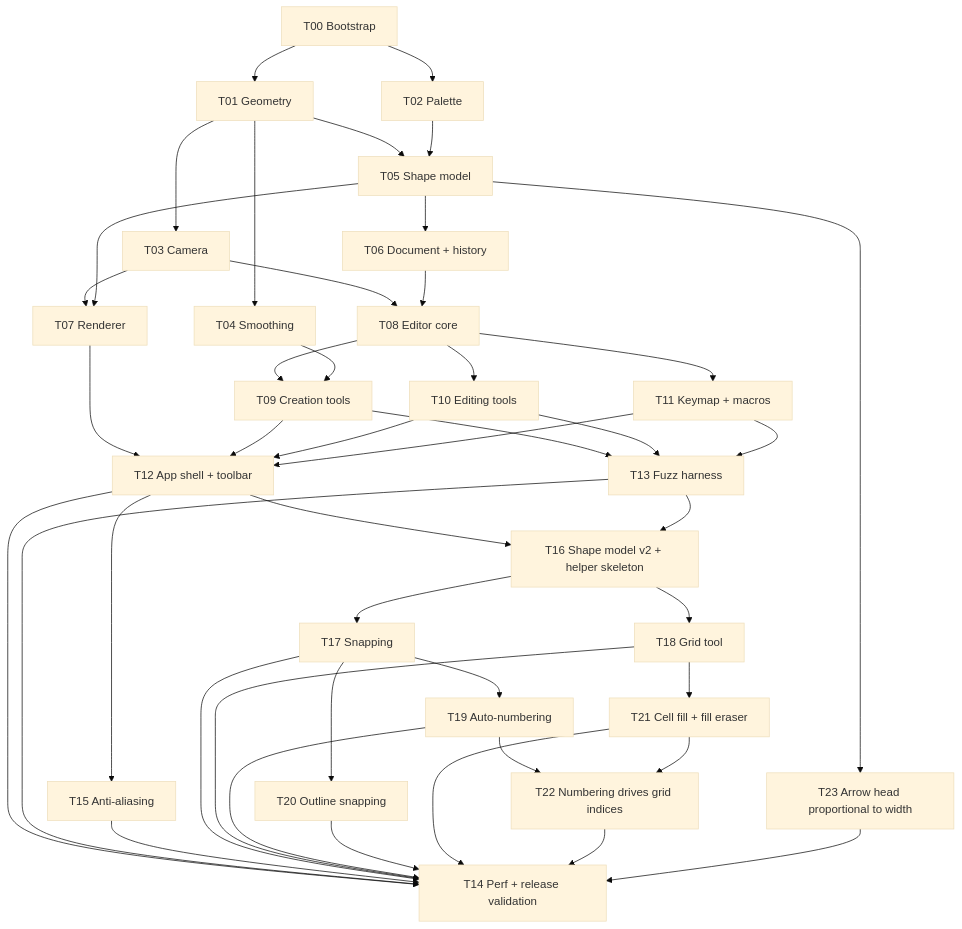
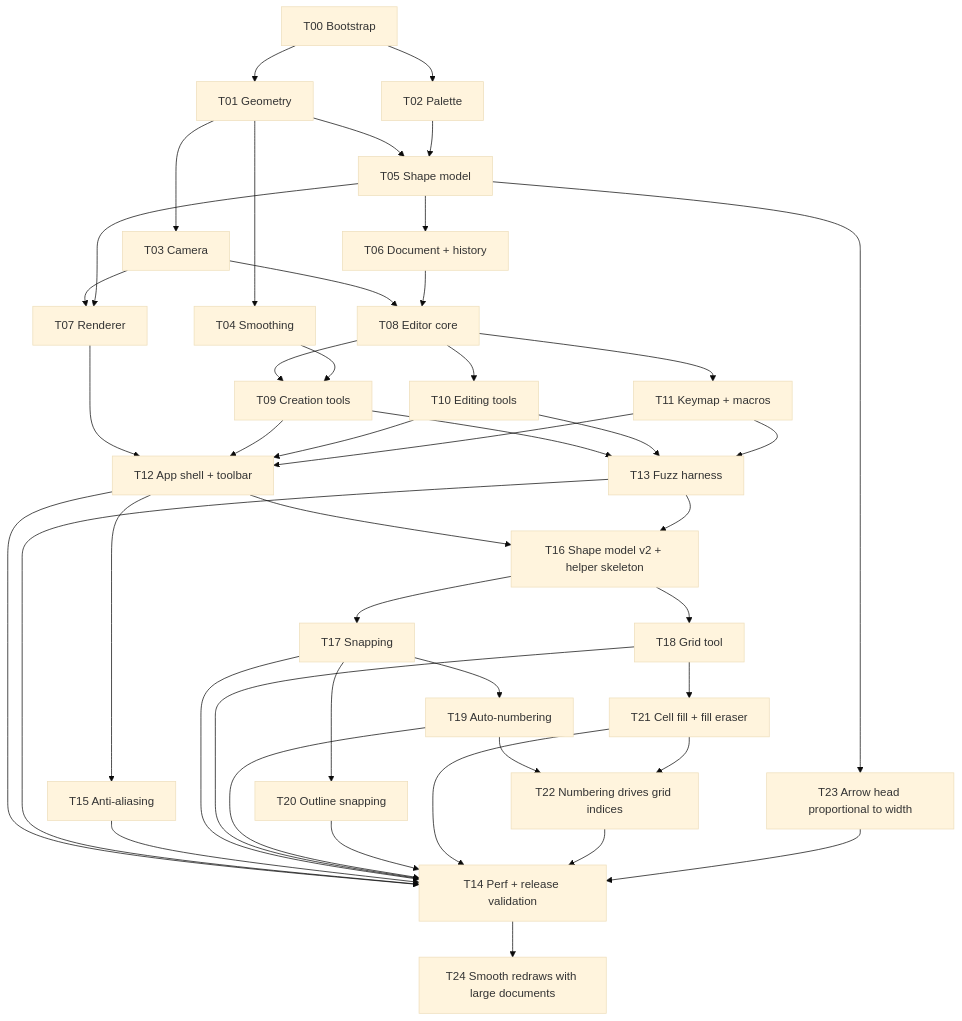
Before and after one commit to UmBender/draw: the diagram in docs/tasks/Task Board.md, drawn with Mermaid (base theme). The commit also changed other lines of this file and 1 other file, not shown here.

First line of the commit message:
docs: add T24 task note for smooth redraws with large documents

````diff
--- a/docs/tasks/Task Board.md
+++ b/docs/tasks/Task Board.md
@@ -12,46 +12,47 @@
 ```mermaid
 flowchart TD
   T00[T00 Bootstrap] --> T01[T01 Geometry]
   T00 --> T02[T02 Palette]
   T01 --> T03[T03 Camera]
   T01 --> T04[T04 Smoothing]
   T01 --> T05[T05 Shape model]
   T02 --> T05
   T05 --> T06[T06 Document + history]
   T03 --> T07[T07 Renderer]
   T05 --> T07
   T03 --> T08[T08 Editor core]
   T06 --> T08
   T08 --> T09[T09 Creation tools]
   T04 --> T09
   T08 --> T10[T10 Editing tools]
   T08 --> T11[T11 Keymap + macros]
   T07 --> T12[T12 App shell + toolbar]
   T09 --> T12
   T10 --> T12
   T11 --> T12
   T09 --> T13[T13 Fuzz harness]
   T10 --> T13
   T11 --> T13
   T12 --> T14[T14 Perf + release validation]
   T13 --> T14
   T12 --> T15[T15 Anti-aliasing]
   T12 --> T16[T16 Shape model v2 + helper skeleton]
   T13 --> T16
   T16 --> T17[T17 Snapping]
   T16 --> T18[T18 Grid tool]
   T17 --> T19[T19 Auto-numbering]
   T17 --> T20[T20 Outline snapping]
   T15 --> T14
   T17 --> T14
   T18 --> T14
   T19 --> T14
   T20 --> T14
   T18 --> T21[T21 Cell fill + fill eraser]
   T21 --> T14
   T19 --> T22[T22 Numbering drives grid indices]
   T21 --> T22
   T22 --> T14
   T05 --> T23[T23 Arrow head proportional to width]
   T23 --> T14
+  T14 --> T24[T24 Smooth redraws with large documents]
 ```
````
